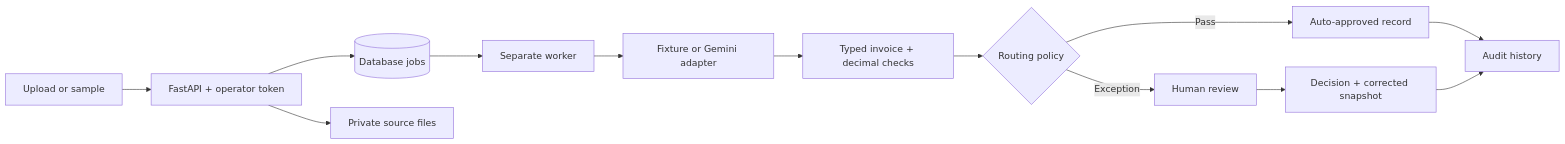
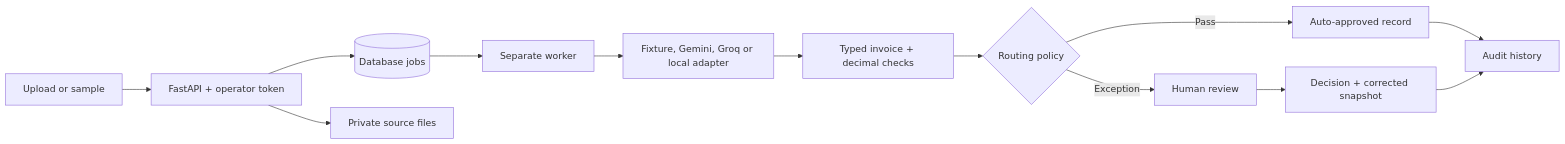
Before and after one commit to YashModi1804/folio-invoice-verification: the diagram in README.md, drawn with Mermaid. The commit also changed other lines of this file and 24 other files, not shown here.

Commit message:
Add Groq vision and local recovery

````diff
--- a/README.md
+++ b/README.md
@@ -78,15 +103,15 @@
 ```mermaid
 flowchart LR
     U[Upload or sample] --> A[FastAPI + operator token]
     A --> D[(Database jobs)]
     A --> S[Private source files]
     D --> W[Separate worker]
-    W --> P[Fixture or Gemini adapter]
+    W --> P[Fixture, Gemini, Groq or local adapter]
     P --> V[Typed invoice + decimal checks]
     V --> R{Routing policy}
     R -->|Pass| Y[Auto-approved record]
     R -->|Exception| H[Human review]
     H --> E[Decision + corrected snapshot]
     Y --> T[Audit history]
     E --> T
 ```
````
